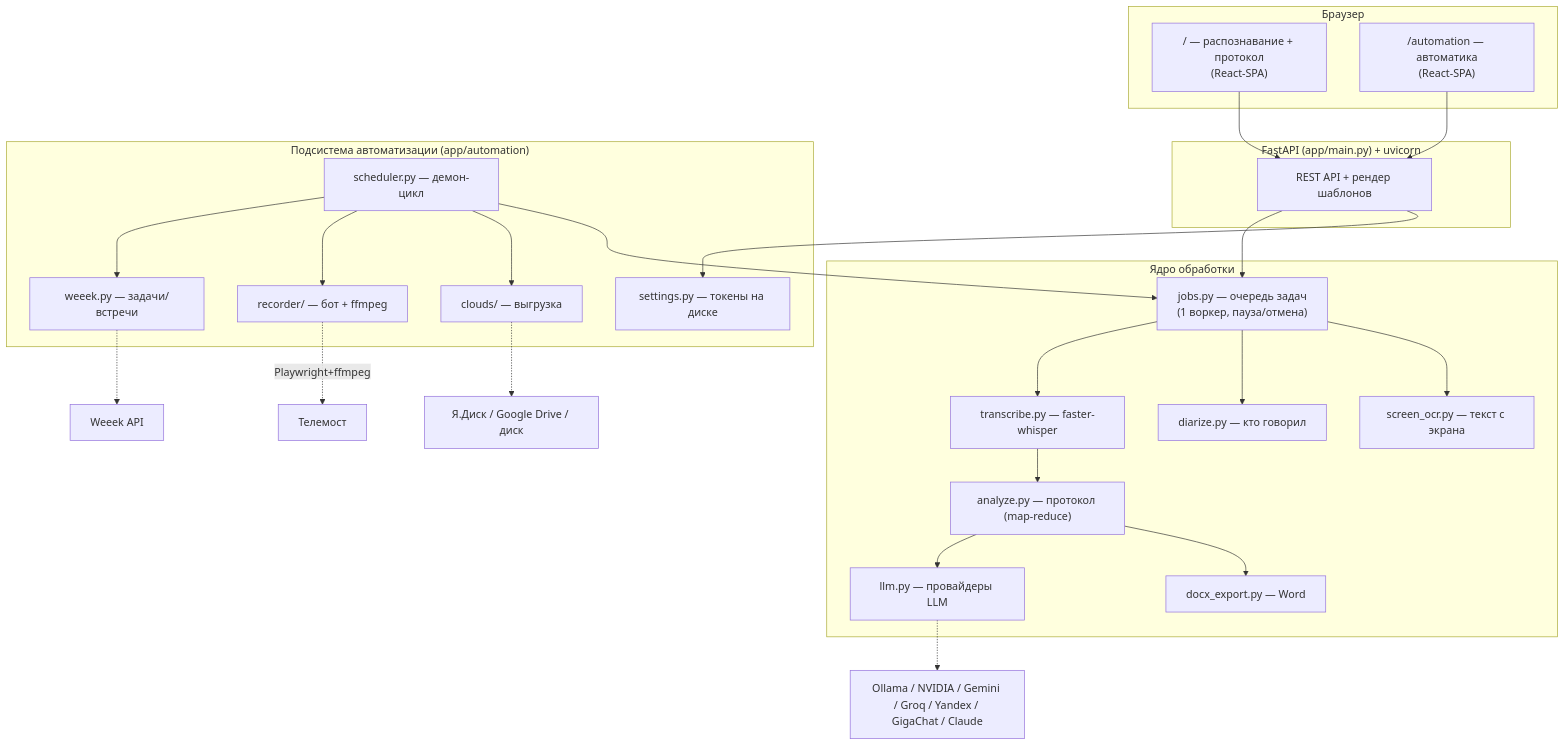
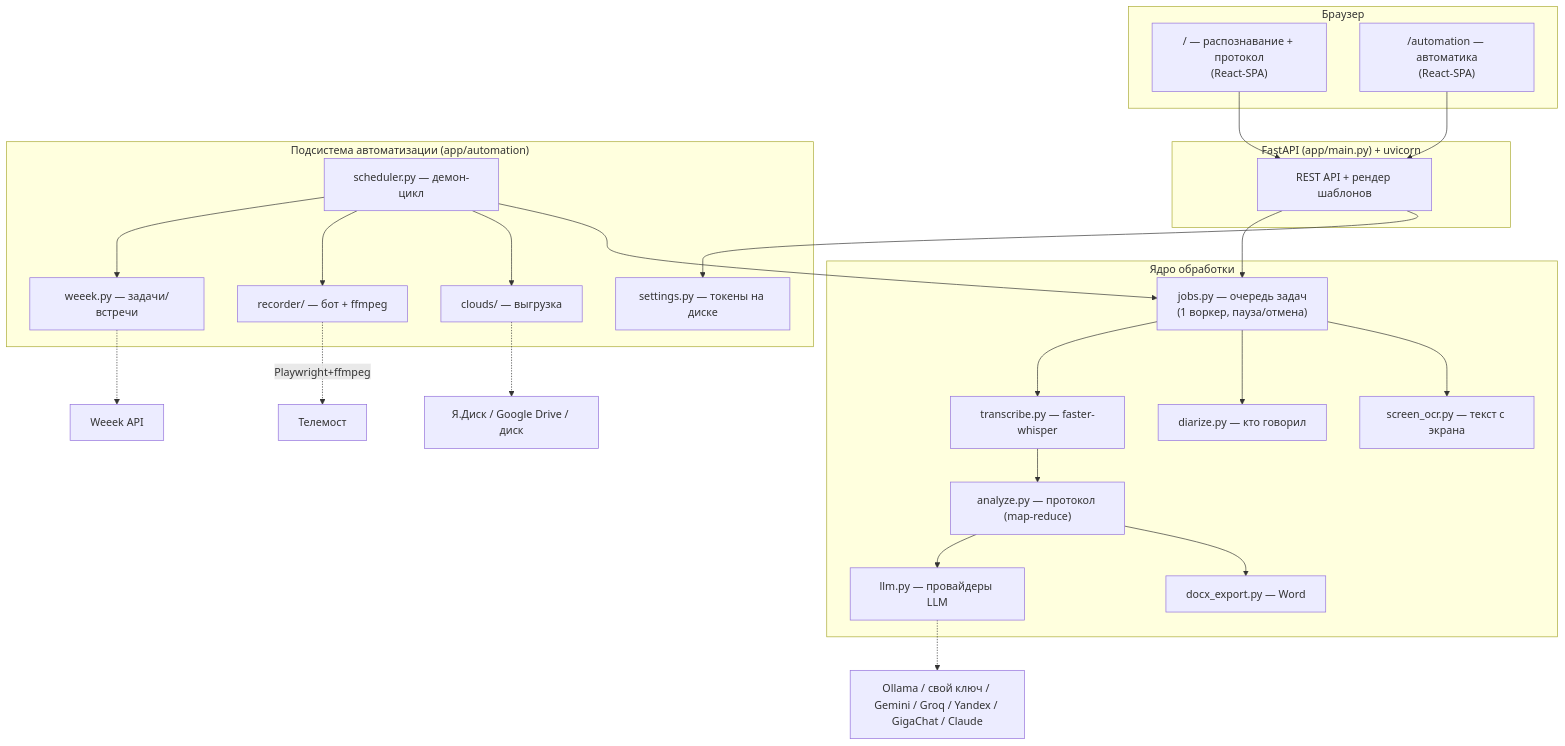
The first of 3 diagrams in docs/АРХИТЕКТУРА.md (sglazunov/voise-bot), drawn with Mermaid before and after one commit. The commit also changed other lines of this file and 32 other files, not shown here.

````diff
--- a/docs/АРХИТЕКТУРА.md
+++ b/docs/АРХИТЕКТУРА.md
@@ -37,41 +37,41 @@
 ```mermaid
 flowchart TB
   subgraph Client["Браузер"]
     UI1["/ — распознавание + протокол<br/>(React-SPA)"]
     UI2["/automation — автоматика<br/>(React-SPA)"]
   end
 
   subgraph Web["FastAPI (app/main.py) + uvicorn"]
     API["REST API + рендер шаблонов"]
   end
 
   subgraph Core["Ядро обработки"]
     JOBS["jobs.py — очередь задач<br/>(1 воркер, пауза/отмена)"]
     TR["transcribe.py — faster-whisper"]
     AN["analyze.py — протокол (map-reduce)"]
     LLM["llm.py — провайдеры LLM"]
     DOCX["docx_export.py — Word"]
     DIA["diarize.py — кто говорил"]
     OCR["screen_ocr.py — текст с экрана"]
   end
 
   subgraph Auto["Подсистема автоматизации (app/automation)"]
     SCH["scheduler.py — демон-цикл"]
     WK["weeek.py — задачи/встречи"]
     REC["recorder/ — бот + ffmpeg"]
     CL["clouds/ — выгрузка"]
     ST["settings.py — токены на диске"]
   end
 
   UI1 & UI2 --> API
   API --> JOBS & ST
   JOBS --> TR --> AN --> LLM
   AN --> DOCX
   JOBS --> DIA & OCR
   SCH --> WK & REC & CL
   SCH --> JOBS
   REC -. Playwright+ffmpeg .-> Telemost["Телемост"]
   CL -.-> Cloud["Я.Диск / Google Drive / диск"]
   WK -.-> Weeek["Weeek API"]
-  LLM -.-> Providers["Ollama / NVIDIA / Gemini / Groq / Yandex / GigaChat / Claude"]
+  LLM -.-> Providers["Ollama / свой ключ / Gemini / Groq / Yandex / GigaChat / Claude"]
 ```
````
